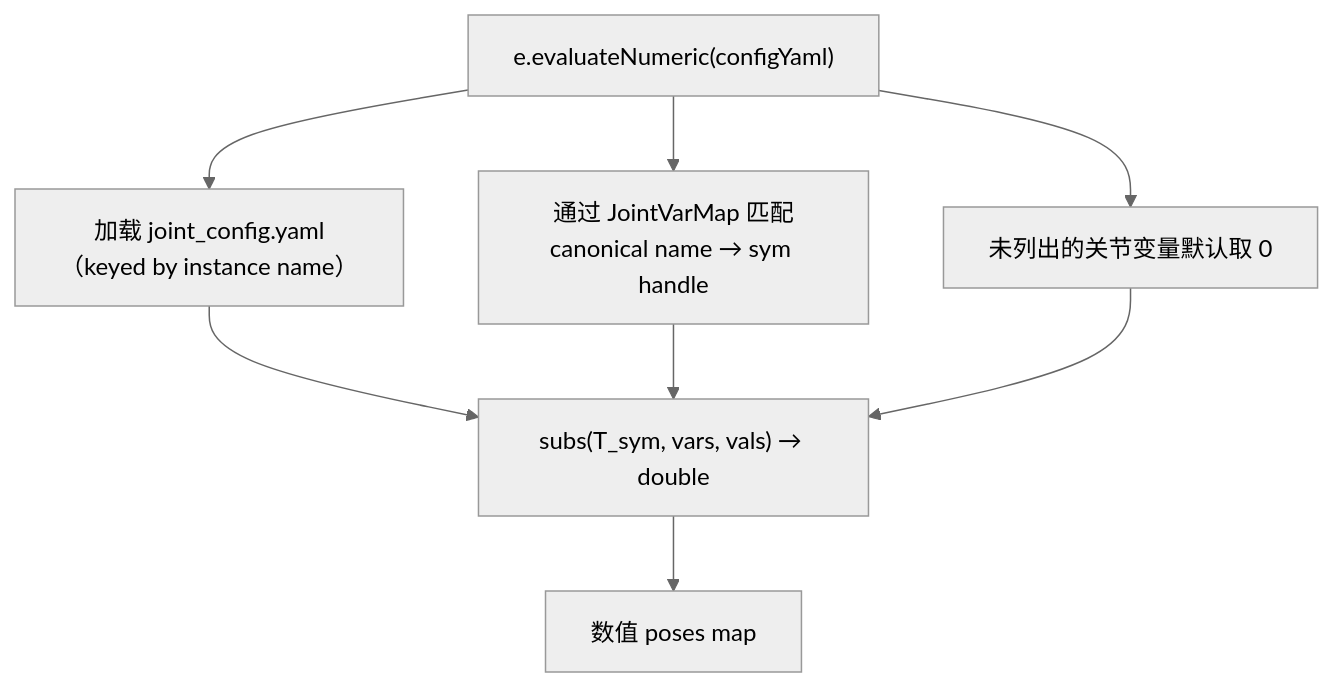
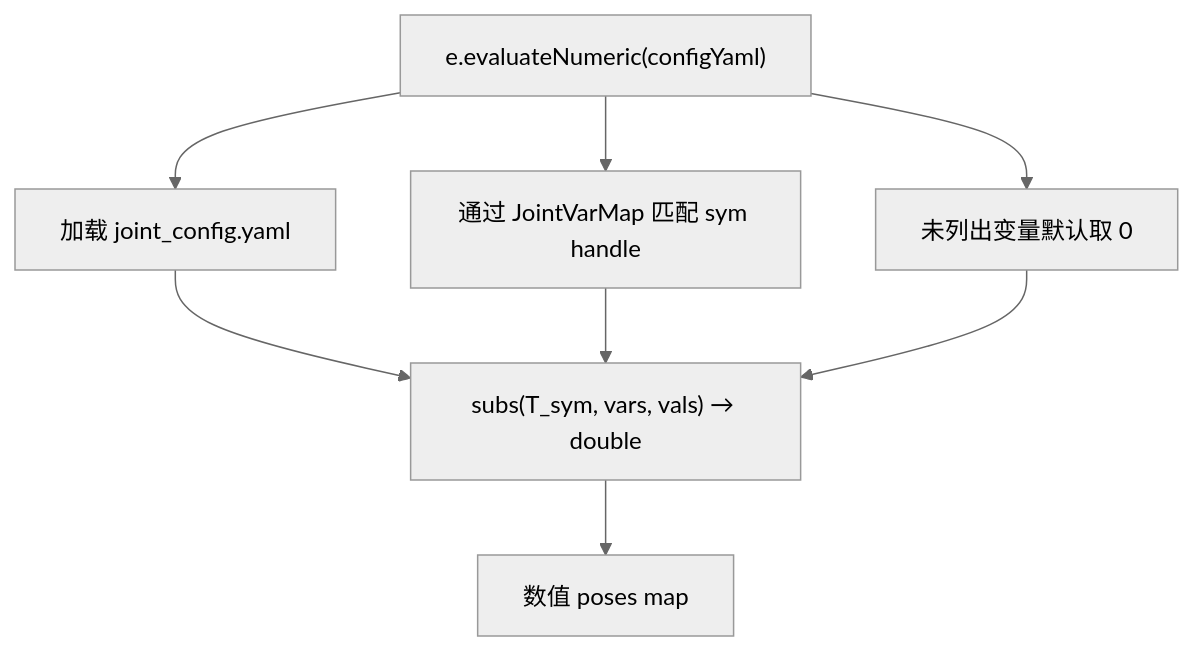
One commit to Axiom117/symbolic-modular-kinematics changed the fourth of 6 diagrams in scripts/matlab/ARCHITECTURE.md. Above: the diagram before and after it, drawn with Mermaid (neutral theme). The commit also changed other lines of this file and 18 other files, not shown here.

````diff
--- a/scripts/matlab/ARCHITECTURE.md
+++ b/scripts/matlab/ARCHITECTURE.md
@@ -180,8 +148,8 @@
 ```mermaid
 flowchart TD
-    A["e.evaluateNumeric(configYaml)"] --> B["加载 joint_config.yaml<br/>（keyed by instance name）"]
-    A --> C["通过 JointVarMap 匹配<br/>canonical name → sym handle"]
-    A --> D["未列出的关节变量默认取 0"]
+    A["e.evaluateNumeric(configYaml)"] --> B["加载 joint_config.yaml"]
+    A --> C["通过 JointVarMap 匹配 sym handle"]
+    A --> D["未列出变量默认取 0"]
     B & C & D --> E["subs(T_sym, vars, vals) → double"]
     E --> F["数值 poses map"]
 ```
````
